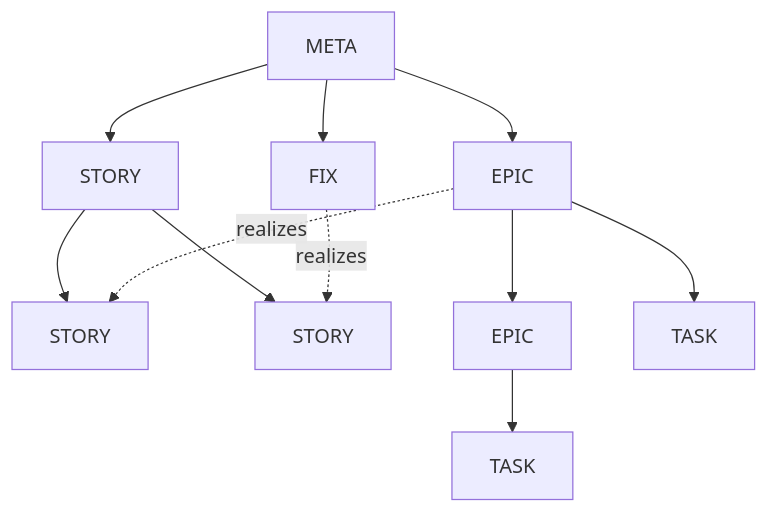
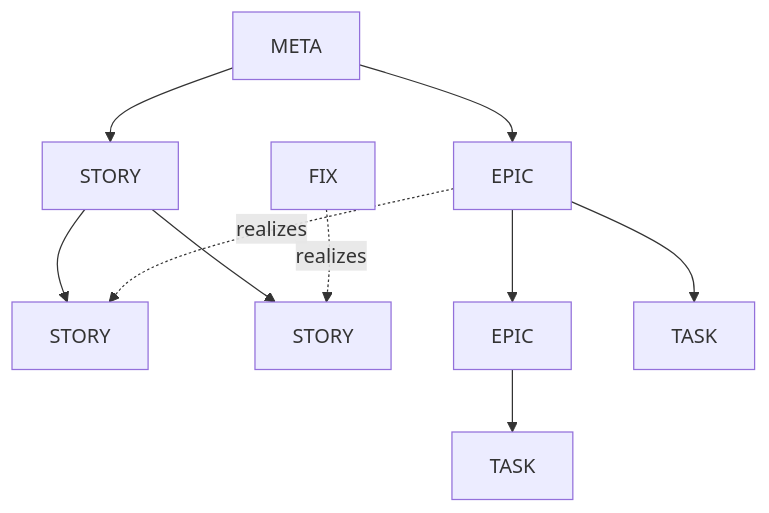
One commit to DALME/DALME-Online-Database changed the diagram in docs/source/process/source/taxonomy.md. Above: the diagram before and after it, drawn with Mermaid. The commit also changed other lines of this file and 3 other files, not shown here.

````diff
--- a/docs/source/process/source/taxonomy.md
+++ b/docs/source/process/source/taxonomy.md
@@ -14,13 +14,13 @@
 ```{mermaid}
 graph TD
   M[META] --> S1[STORY]
   M --> E1[EPIC]
   S1 --> S2[STORY]
   S1 --> S3[STORY]
   E1 --> E2[EPIC]
   E1 --> T1[TASK]
   E2 --> T2[TASK]
-  M --> FX[FIX]
+  FX[FIX]
   E1 -. realizes .-> S2
   FX -. realizes .-> S3
 ```
````
